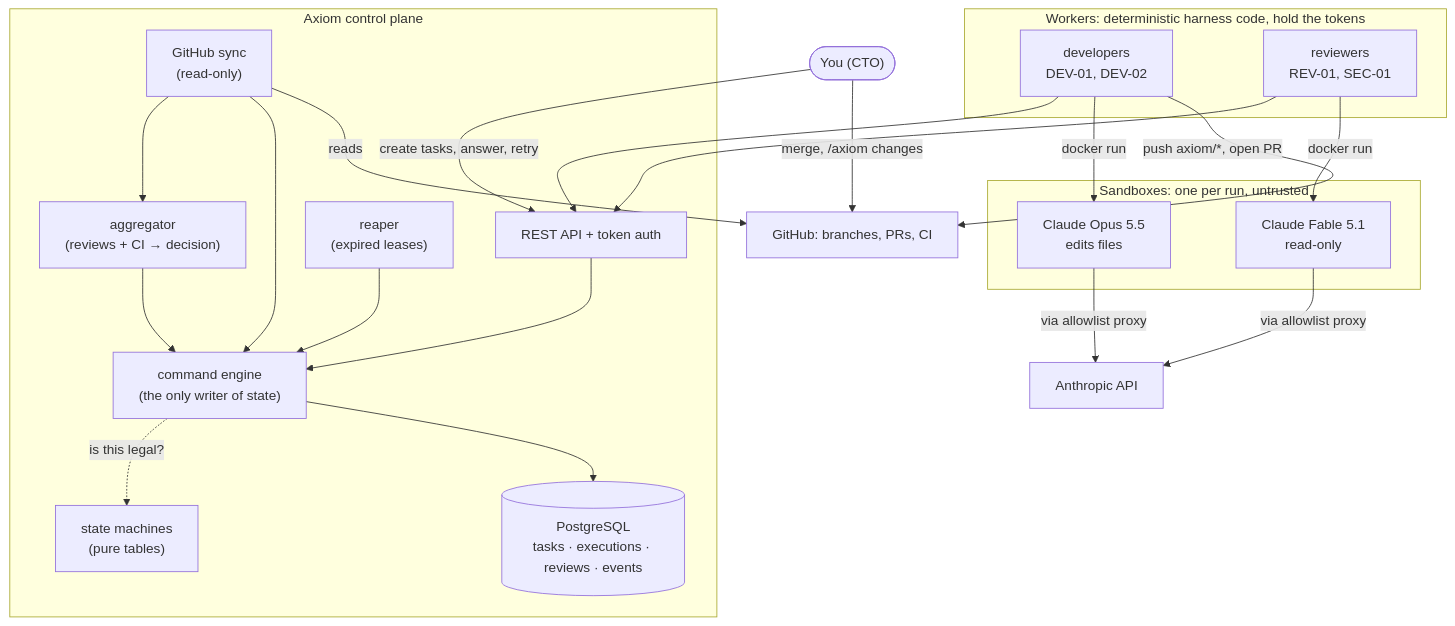
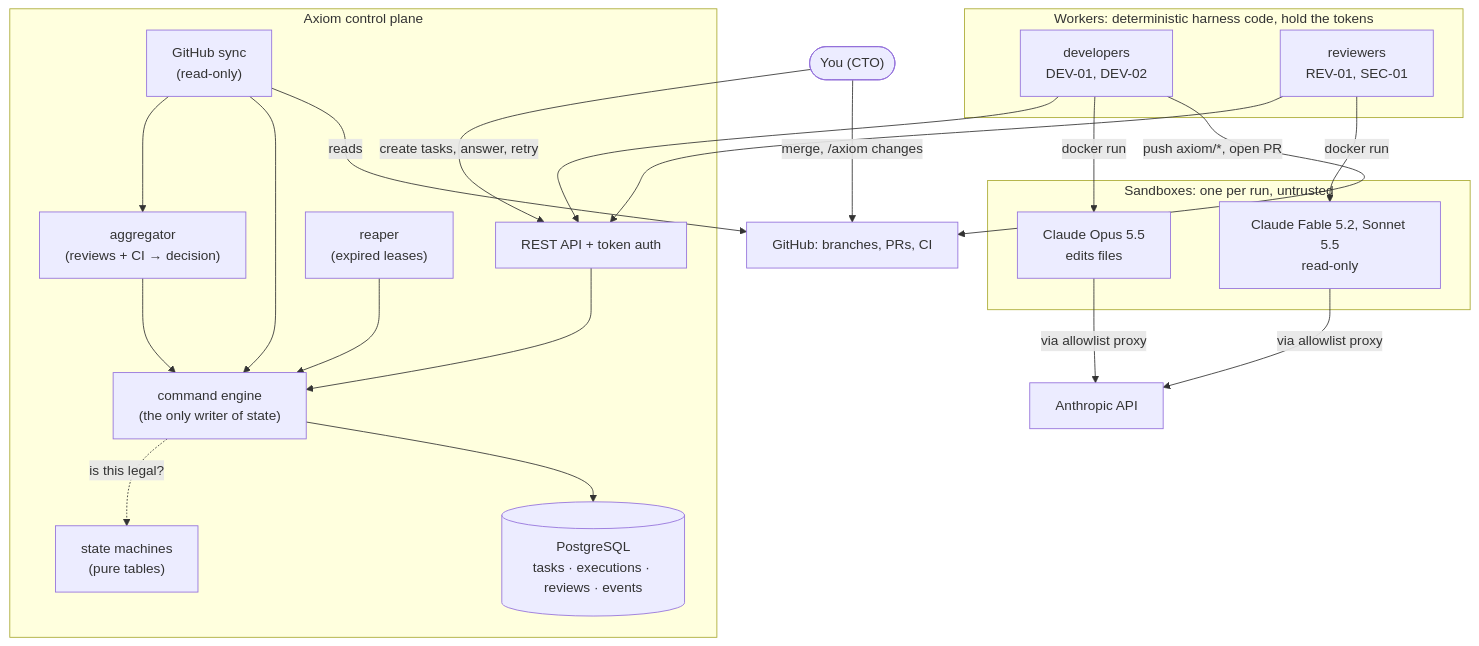
One commit to bharathcmbox/axiom changed the diagram in docs/guide/README.md. Above: the diagram before and after it, drawn with Mermaid. The commit also changed 18 other files, not shown here.

First line of the commit message:
Phase 5 T1: Fable 5.2 for code review, Sonnet 5.5 for security review

````diff
--- a/docs/guide/README.md
+++ b/docs/guide/README.md
@@ -45,40 +45,40 @@
 ```mermaid
 flowchart TB
     you(["You (CTO)"])
     subgraph axiom["Axiom control plane"]
         api["REST API + token auth"]
         engine["command engine<br/>(the only writer of state)"]
         rules["state machines<br/>(pure tables)"]
         agg["aggregator<br/>(reviews + CI → decision)"]
         reaper["reaper<br/>(expired leases)"]
         sync["GitHub sync<br/>(read-only)"]
         db[("PostgreSQL<br/>tasks · executions · reviews · events")]
     end
     subgraph workers["Workers: deterministic harness code, hold the tokens"]
         dev["developers<br/>DEV-01, DEV-02"]
         rev["reviewers<br/>REV-01, SEC-01"]
     end
     subgraph sandbox["Sandboxes: one per run, untrusted"]
         s1["Claude Opus 5.5<br/>edits files"]
-        s2["Claude Fable 5.1<br/>read-only"]
+        s2["Claude Fable 5.2, Sonnet 5.5<br/>read-only"]
     end
     gh["GitHub: branches, PRs, CI"]
     anth["Anthropic API"]
     you -->|"merge, /axiom changes"| gh
     you -->|"create tasks, answer, retry"| api
     dev --> api
     rev --> api
     api --> engine
     reaper --> engine
     agg --> engine
     sync --> agg
     sync --> engine
     engine -.->|"is this legal?"| rules
     engine --> db
     dev -->|docker run| s1
     rev -->|docker run| s2
     s1 -->|"via allowlist proxy"| anth
     s2 -->|"via allowlist proxy"| anth
     dev -->|"push axiom/*, open PR"| gh
     sync -->|reads| gh
 ```
````
